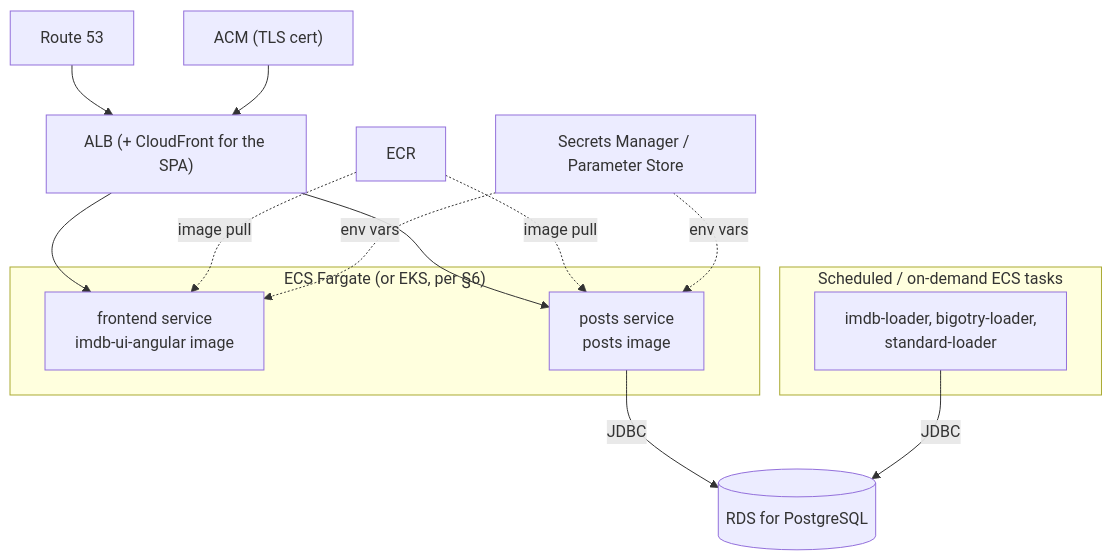
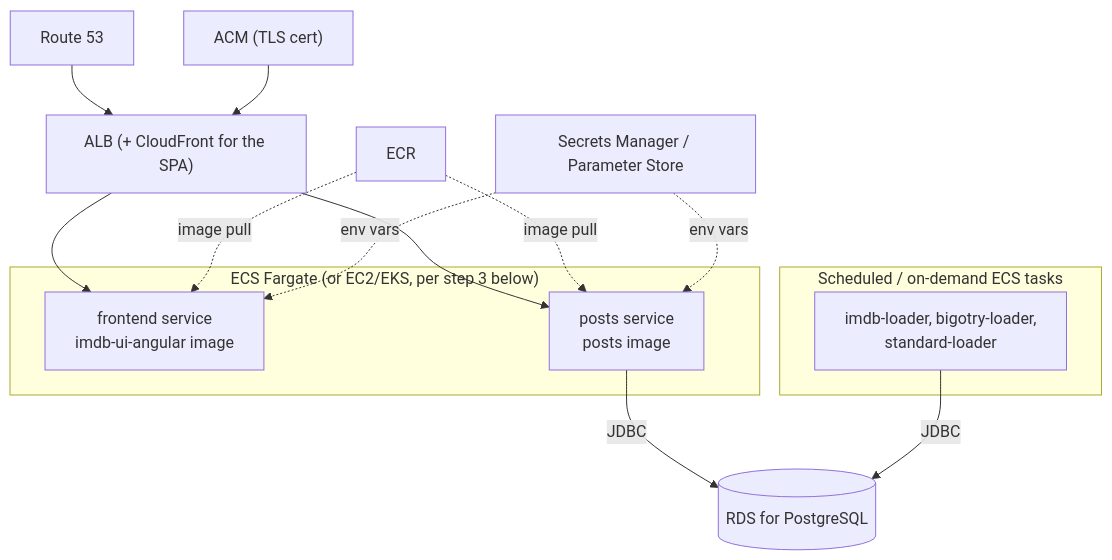
The second of 2 diagrams in OVERALL-ARCHITECTURE.md (jmejorada1/my-fun-projects), drawn with Mermaid before and after one commit. The commit also changed other lines of this file and 17 other files, not shown here.

````diff
--- a/OVERALL-ARCHITECTURE.md
+++ b/OVERALL-ARCHITECTURE.md
@@ -136,24 +134,24 @@
 ```mermaid
 flowchart TB
     R53["Route 53"] --> Edge["ALB (+ CloudFront for the SPA)"]
     ACM["ACM (TLS cert)"] --> Edge
 
-    subgraph ECS["ECS Fargate (or EKS, per §6)"]
+    subgraph ECS["ECS Fargate (or EC2/EKS, per step 3 below)"]
         FE["frontend service\nimdb-ui-angular image"]
         API["posts service\nposts image"]
     end
 
     Edge --> FE
     Edge --> API
     API -->|JDBC| RDS[("RDS for PostgreSQL")]
 
     subgraph Batch["Scheduled / on-demand ECS tasks"]
         Jobs["imdb-loader, bigotry-loader,\nstandard-loader"]
     end
     Jobs -->|JDBC| RDS
 
     ECR["ECR"] -.->|image pull| FE
     ECR -.->|image pull| API
     SM["Secrets Manager / Parameter Store"] -.->|env vars| FE
     SM -.->|env vars| API
 ```
````
